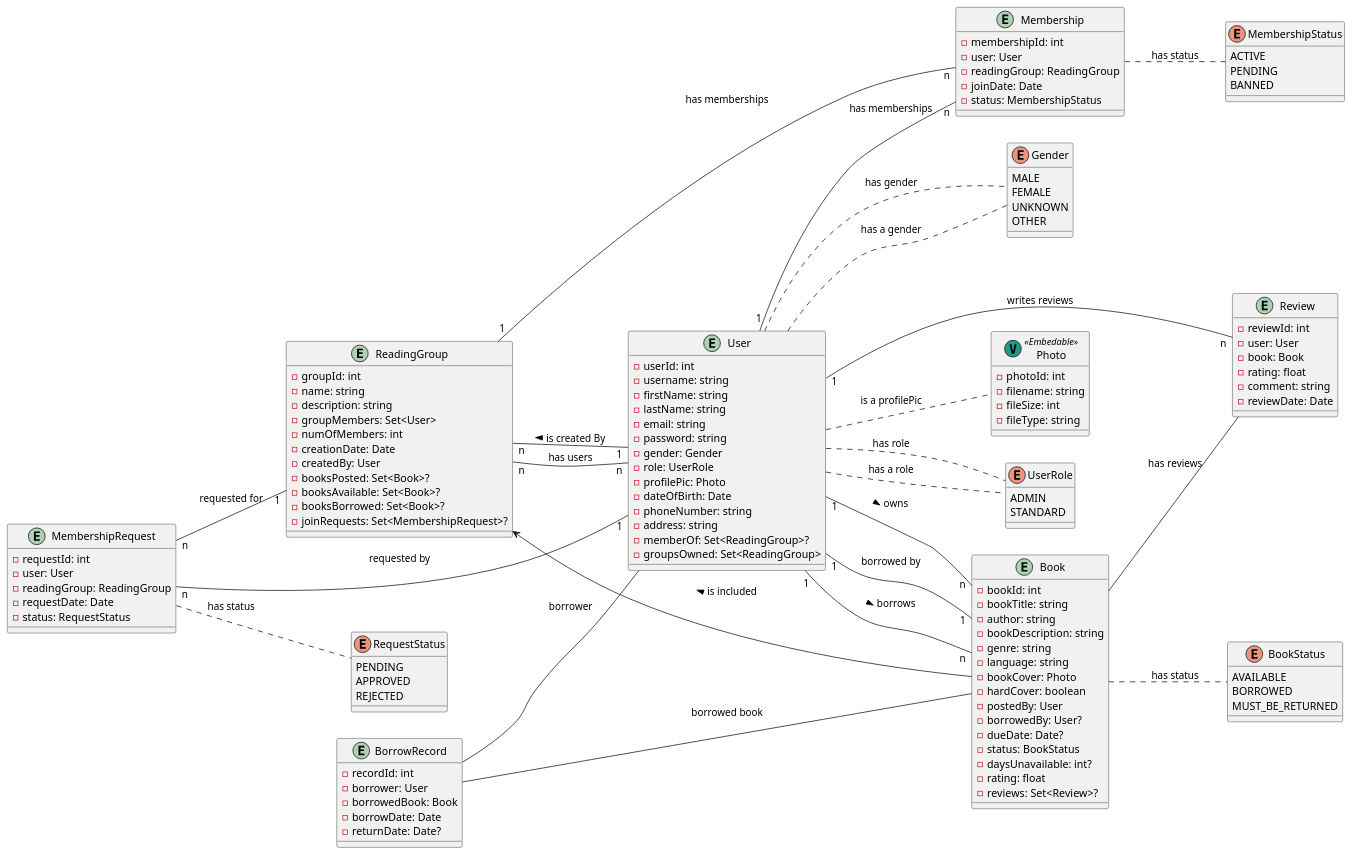
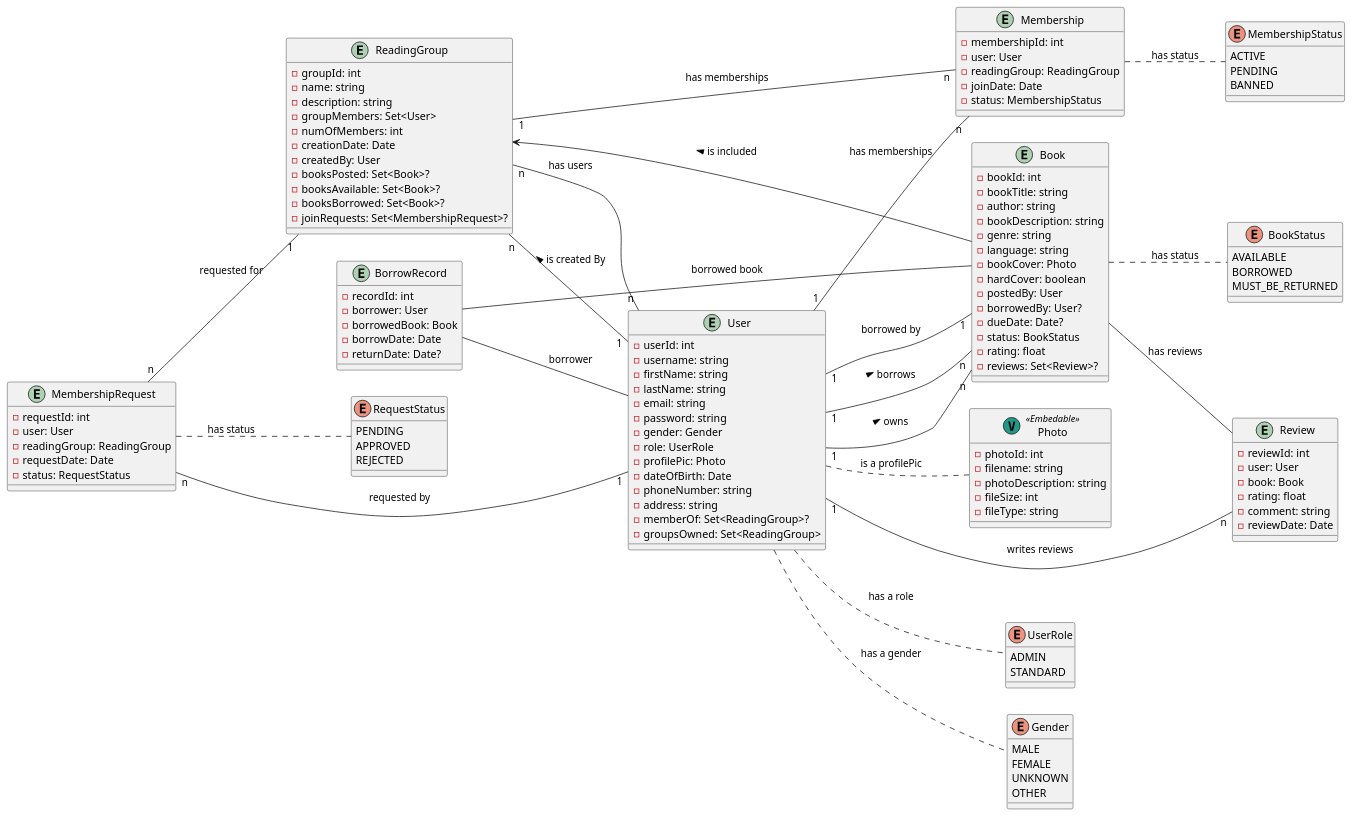
The diagram in src/main/plantuml/pos-project.puml (magdalinamihova/temp1), drawn with PlantUML before and after one commit.

Commit message:
changes to the UML

```diff
--- a/src/main/plantuml/pos-project.puml
+++ b/src/main/plantuml/pos-project.puml
@@ -1,147 +1,145 @@
 @startuml
 
 left to right direction
 
 entity User {
   -userId: int
   -username: string
   -firstName: string
   -lastName: string
   -email: string
   -password: string
   -gender: Gender
   -role: UserRole
   -profilePic: Photo
   -dateOfBirth: Date
   -phoneNumber: string
   -address: string
   -memberOf: Set<ReadingGroup>?
   -groupsOwned: Set<ReadingGroup>
 }
 
 enum UserRole {
   ADMIN
   STANDARD
 }
 
 enum Gender {
   MALE
   FEMALE
   UNKNOWN
   OTHER
 }
 
 entity Book {
   -bookId: int
   -bookTitle: string
   -author: string
   -bookDescription: string
   -genre: string
   - language: string
   -bookCover: Photo
   -hardCover: boolean
   -postedBy: User
   -borrowedBy: User?
   -dueDate: Date?
   -status: BookStatus
-  -daysUnavailable: int?
   -rating: float
   -reviews: Set<Review>?
 }
 
 enum BookStatus {
   AVAILABLE
   BORROWED
   MUST_BE_RETURNED
 }
 
 entity ReadingGroup {
   -groupId: int
   -name: string
   -description: string
   -groupMembers: Set<User>
   -numOfMembers: int
   -creationDate: Date
   -createdBy: User
   -booksPosted: Set<Book>?
   -booksAvailable: Set<Book>?
   -booksBorrowed: Set<Book>?
   -joinRequests: Set<MembershipRequest>?
 }
 
 entity Membership {
   -membershipId: int
   -user: User
   -readingGroup: ReadingGroup
   -joinDate: Date
   -status: MembershipStatus
 }
 
 enum MembershipStatus {
   ACTIVE
   PENDING
   BANNED
 }
 
 entity MembershipRequest {
   -requestId: int
   -user: User
   -readingGroup: ReadingGroup
   -requestDate: Date
   -status: RequestStatus
 }
 
 enum RequestStatus {
   PENDING
   APPROVED
   REJECTED
 }
 
 entity Review {
   -reviewId: int
   -user: User
   -book: Book
   -rating: float
   -comment: string
   -reviewDate: Date
 }
 
 entity BorrowRecord {
   -recordId: int
   -borrower: User
   -borrowedBook: Book
   -borrowDate: Date
   -returnDate: Date?
 }
 
 class Photo << (V,#229988) Embedable>> {
   -photoId: int
   -filename: string
+  -photoDescription: string
   -fileSize: int
   -fileType: string
 }
 
 User .. UserRole : has a role
 User .. Photo : is a profilePic
 User .. Gender : has a gender
 User "1" -- "n" Book : > borrows
 User "1" -- "n" Book : > owns
 Book "1" -- "1" User :  borrowed by
 ReadingGroup "n" -- "n" User : has users
 ReadingGroup "n" -- "1" User : < is created By
 ReadingGroup <-- Book : < is included
 BorrowRecord -- User : borrower
 BorrowRecord -- Book : borrowed book
 Book -- Review : has reviews
 User "1" -- "n" Review : writes reviews
 User "1" -- "n" Membership : has memberships
 ReadingGroup "1" -- "n" Membership : has memberships
 MembershipRequest "n" -- "1" User : requested by
 MembershipRequest "n" -- "1" ReadingGroup : requested for
-User .. Gender : has gender
-User .. UserRole : has role
 Book .. BookStatus : has status
 Membership .. MembershipStatus : has status
 MembershipRequest .. RequestStatus : has status
 
 @enduml
```
